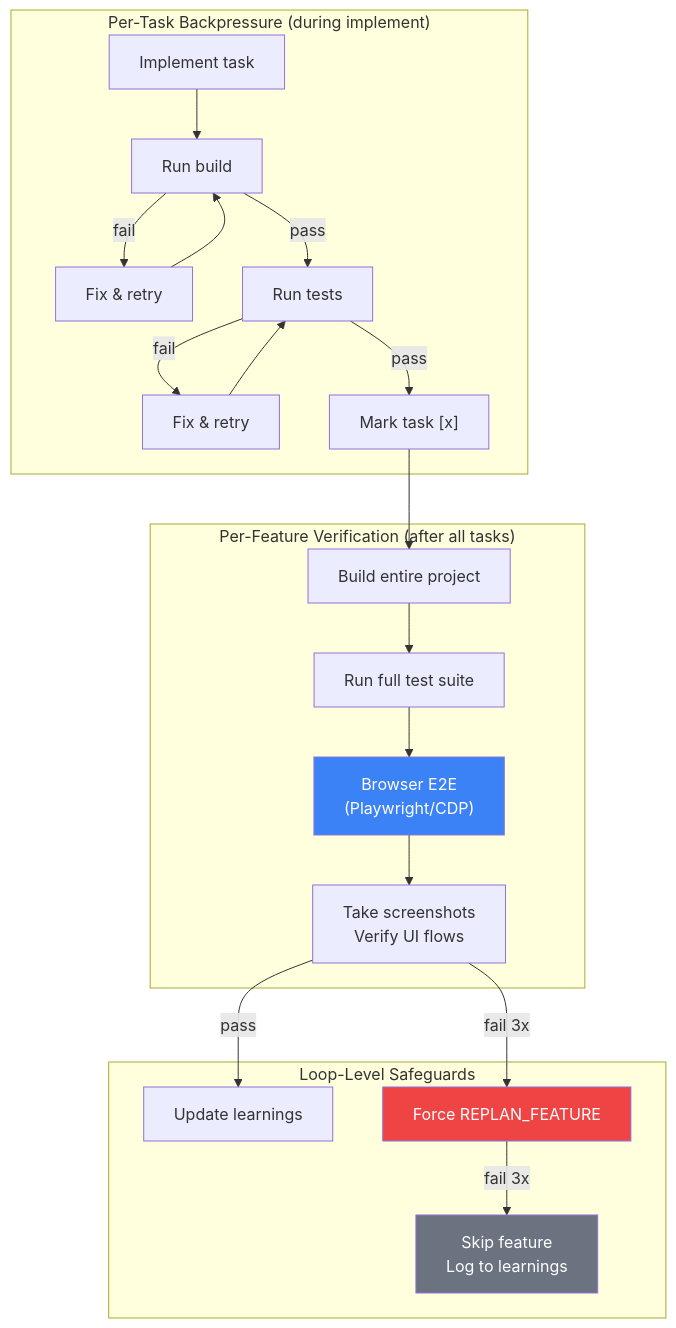
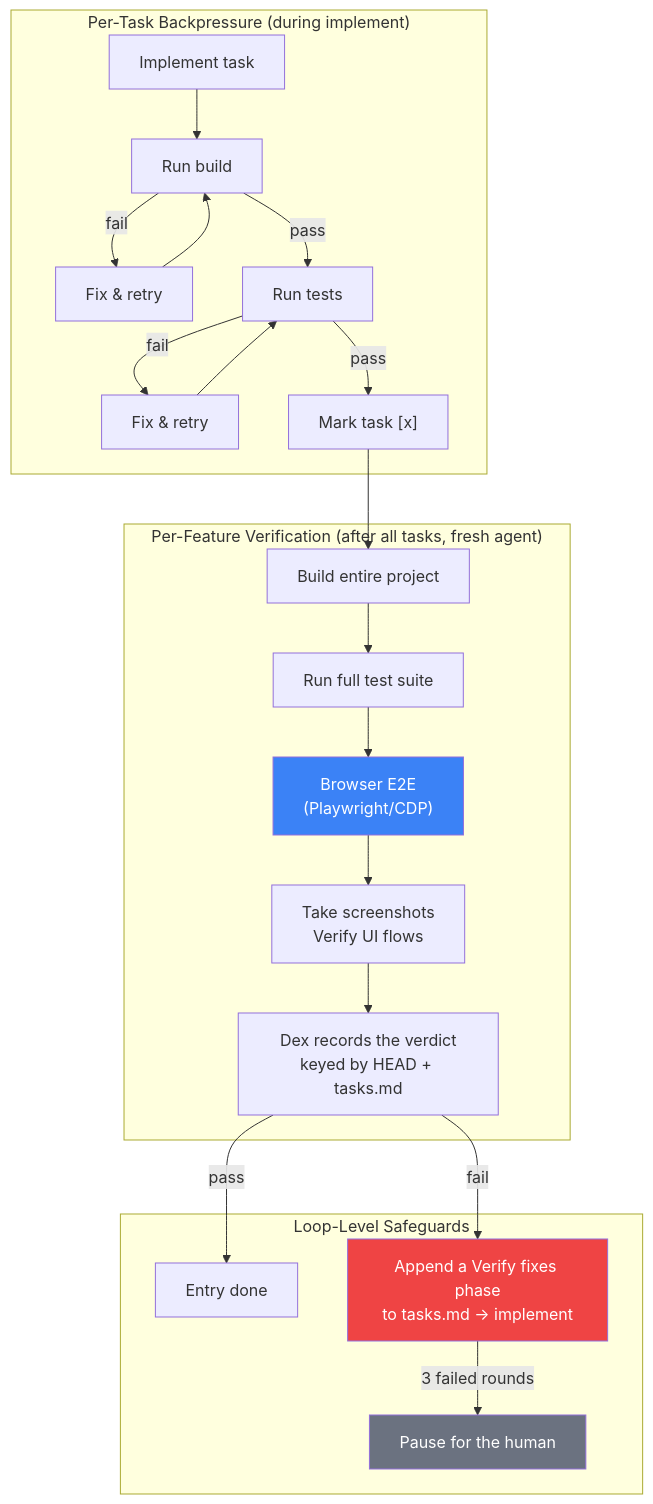
The sixth of 11 diagrams in docs/SOLUTION.md (lukaskellerstein/dex), drawn with Mermaid before and after one commit. The commit also changed other lines of this file and 217 other files, not shown here.

````diff
--- a/docs/SOLUTION.md
+++ b/docs/SOLUTION.md
@@ -255,29 +259,30 @@
 ```mermaid
 flowchart TB
     subgraph "Per-Task Backpressure (during implement)"
         T1[Implement task] --> BUILD1[Run build]
         BUILD1 -->|fail| FIX1[Fix & retry]
         FIX1 --> BUILD1
         BUILD1 -->|pass| TEST1[Run tests]
         TEST1 -->|fail| FIX2[Fix & retry]
         FIX2 --> TEST1
         TEST1 -->|pass| MARK["Mark task [x]"]
     end
 
-    subgraph "Per-Feature Verification (after all tasks)"
+    subgraph "Per-Feature Verification (after all tasks, fresh agent)"
         MARK --> VBUILD[Build entire project]
         VBUILD --> VTEST[Run full test suite]
         VTEST --> E2E["Browser E2E\n(Playwright/CDP)"]
         E2E --> SCREENSHOT[Take screenshots\nVerify UI flows]
+        SCREENSHOT --> RECORD["Dex records the verdict\nkeyed by HEAD + tasks.md"]
     end
 
     subgraph "Loop-Level Safeguards"
-        SCREENSHOT -->|pass| LEARNINGS[Update learnings]
-        SCREENSHOT -->|fail 3x| REPLAN[Force REPLAN_FEATURE]
-        REPLAN -->|fail 3x| SKIP[Skip feature\nLog to learnings]
+        RECORD -->|pass| DONE[Entry done]
+        RECORD -->|fail| FIXES["Append a Verify fixes phase\nto tasks.md → implement"]
+        FIXES -->|3 failed rounds| PAUSE[Pause for the human]
     end
 
     style E2E fill:#3b82f6,color:#fff
-    style REPLAN fill:#ef4444,color:#fff
-    style SKIP fill:#6b7280,color:#fff
+    style FIXES fill:#ef4444,color:#fff
+    style PAUSE fill:#6b7280,color:#fff
 ```
````
